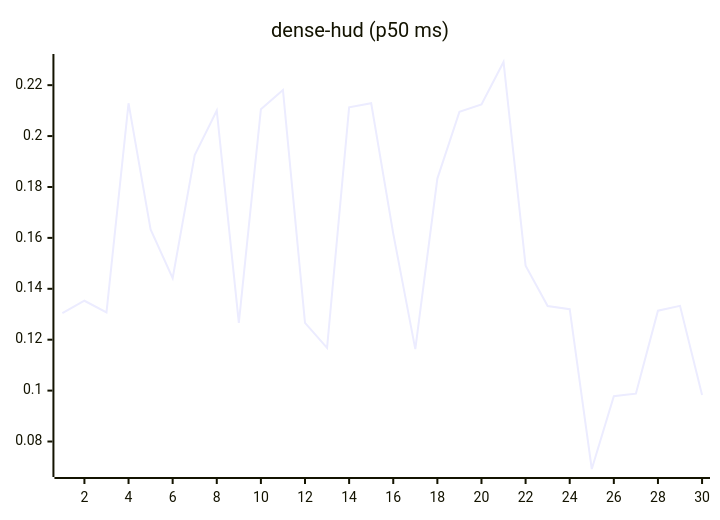
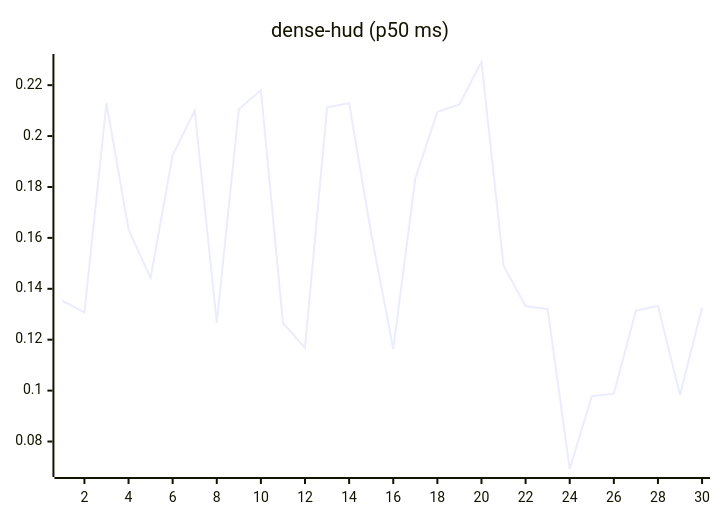
Before and after one commit to josha/Facet: the eighth of 27 diagrams in README.md, drawn with Mermaid. The commit also changed other lines of this file and 2 other files, not shown here.

````diff
--- a/README.md
+++ b/README.md
@@ -112,6 +112,6 @@
 ```mermaid
 xychart-beta
     title "dense-hud (p50 ms)"
     x-axis 1 --> 30
-    line [0.1304, 0.1353, 0.1307, 0.2129, 0.1633, 0.1442, 0.1925, 0.2100, 0.1266, 0.2105, 0.2181, 0.1266, 0.1168, 0.2113, 0.2129, 0.1617, 0.1163, 0.1833, 0.2095, 0.2124, 0.2291, 0.1491, 0.1332, 0.1320, 0.0692, 0.0978, 0.0988, 0.1314, 0.1333, 0.0983]
+    line [0.1353, 0.1307, 0.2129, 0.1633, 0.1442, 0.1925, 0.2100, 0.1266, 0.2105, 0.2181, 0.1266, 0.1168, 0.2113, 0.2129, 0.1617, 0.1163, 0.1833, 0.2095, 0.2124, 0.2291, 0.1491, 0.1332, 0.1320, 0.0692, 0.0978, 0.0988, 0.1314, 0.1333, 0.0983, 0.1326]
 ```
````
